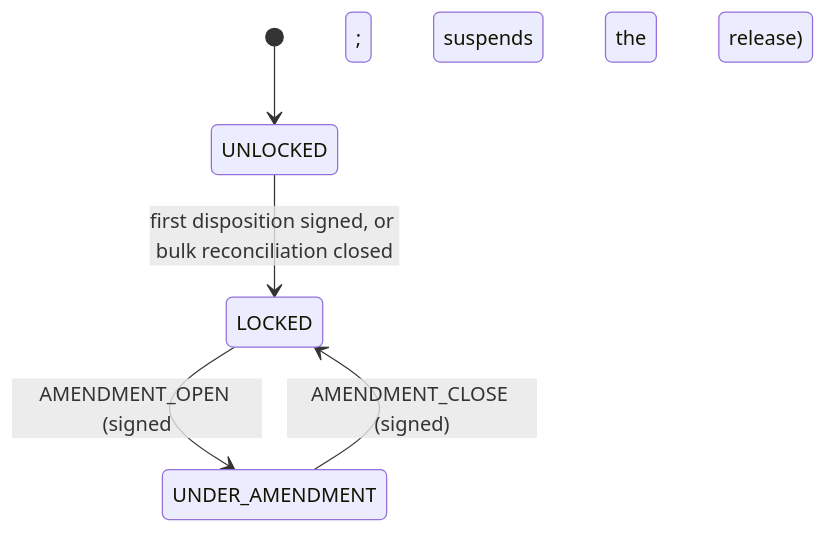
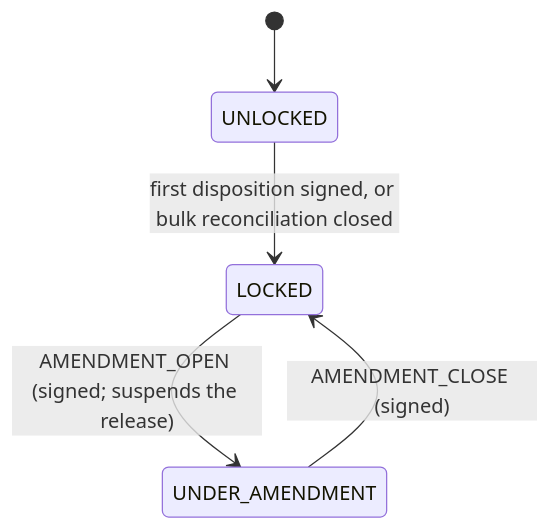
The ninth of 9 diagrams in docs/handbook/04-life-of-a-batch.md (maglesT/ebmr), drawn with Mermaid before and after one commit. The commit also changed 4 other files, not shown here.

First line of the commit message:
docs(handbook): escape ; and : in mermaid sequence and state labels so they render on GitHub

````diff
--- a/docs/handbook/04-life-of-a-batch.md
+++ b/docs/handbook/04-life-of-a-batch.md
@@ -561,7 +561,7 @@
 ```mermaid
 stateDiagram-v2
   [*] --> UNLOCKED
   UNLOCKED --> LOCKED: first disposition signed, or bulk reconciliation closed
-  LOCKED --> UNDER_AMENDMENT: AMENDMENT_OPEN (signed; suspends the release)
+  LOCKED --> UNDER_AMENDMENT: AMENDMENT_OPEN (signed#59; suspends the release)
   UNDER_AMENDMENT --> LOCKED: AMENDMENT_CLOSE (signed)
 ```
````
